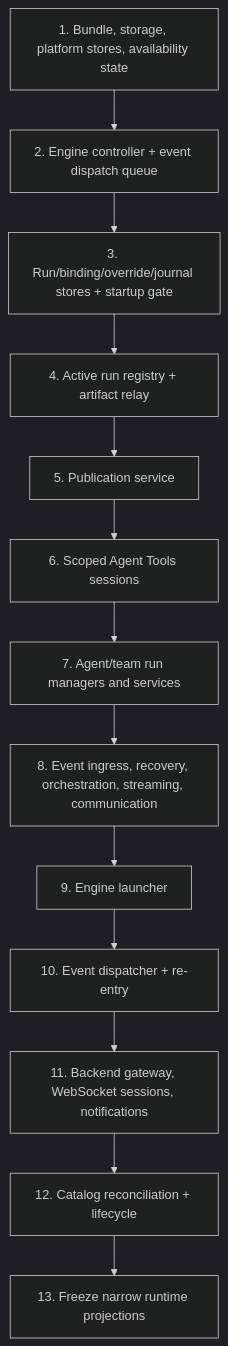
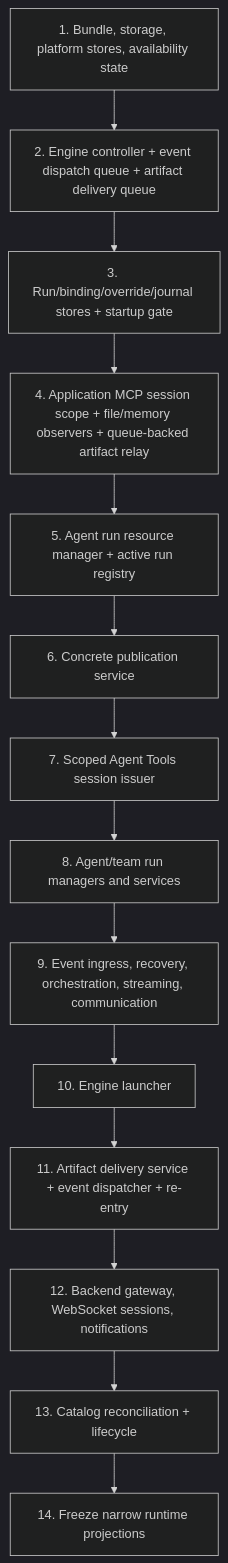
The seventh of 7 diagrams in tickets/in-progress/universal-application-framework-proposal-analysis/application-framework-architecture-simplification.md (AutoByteus/autobyteus-workspace), drawn with Mermaid (dark theme) before and after one commit. The commit also changed other lines of this file and 6 other files, not shown here.

Commit message:
docs(ticket): preserve artifact delivery and run cleanup

````diff
--- a/tickets/in-progress/universal-application-framework-proposal-analysis/application-framework-architecture-simplification.md
+++ b/tickets/in-progress/universal-application-framework-proposal-analysis/application-framework-architecture-simplification.md
@@ -334,15 +512,16 @@
 ```mermaid
 flowchart TD
-    A[1. Bundle, storage, platform stores, availability state] --> B[2. Engine controller + event dispatch queue]
+    A[1. Bundle, storage, platform stores, availability state] --> B[2. Engine controller + event dispatch queue + artifact delivery queue]
     B --> C[3. Run/binding/override/journal stores + startup gate]
-    C --> D[4. Active run registry + artifact relay]
-    D --> E[5. Publication service]
-    E --> F[6. Scoped Agent Tools sessions]
-    F --> G[7. Agent/team run managers and services]
-    G --> H[8. Event ingress, recovery, orchestration, streaming, communication]
-    H --> I[9. Engine launcher]
-    I --> J[10. Event dispatcher + re-entry]
-    J --> K[11. Backend gateway, WebSocket sessions, notifications]
-    K --> L[12. Catalog reconciliation + lifecycle]
-    L --> M[13. Freeze narrow runtime projections]
+    C --> D[4. Application MCP session scope + file/memory observers + queue-backed artifact relay]
+    D --> E[5. Agent run resource manager + active run registry]
+    E --> F[6. Concrete publication service]
+    F --> G[7. Scoped Agent Tools session issuer]
+    G --> H[8. Agent/team run managers and services]
+    H --> I[9. Event ingress, recovery, orchestration, streaming, communication]
+    I --> J[10. Engine launcher]
+    J --> K[11. Artifact delivery service + event dispatcher + re-entry]
+    K --> L[12. Backend gateway, WebSocket sessions, notifications]
+    L --> M[13. Catalog reconciliation + lifecycle]
+    M --> N[14. Freeze narrow runtime projections]
 ```
````
